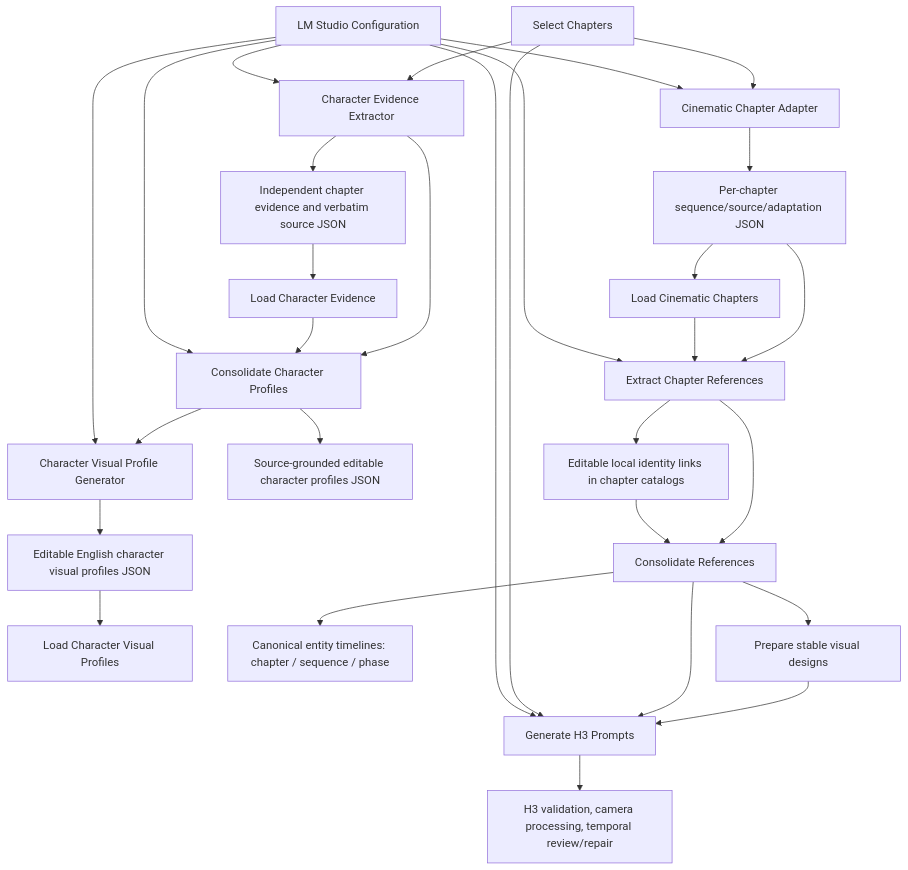
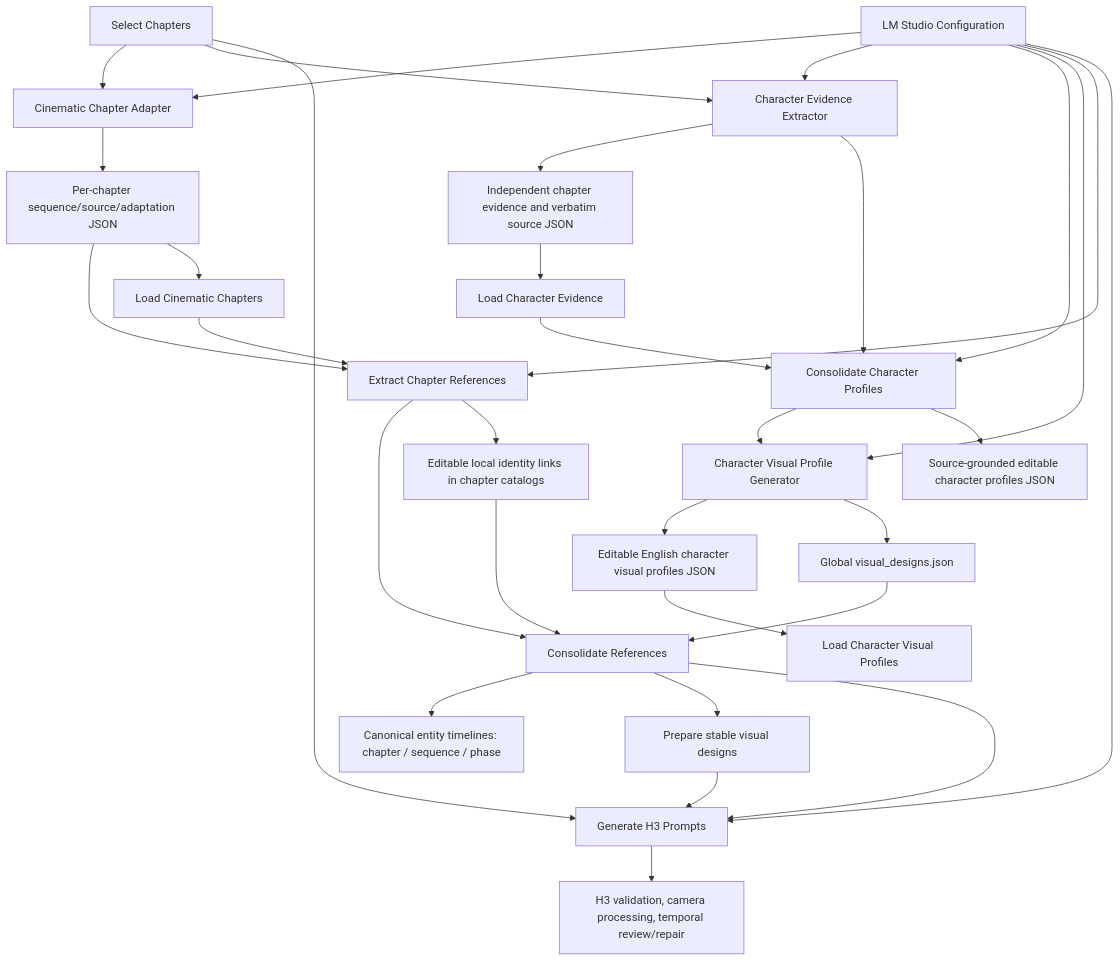
One commit to yuyuki/ComfyUI-Minimax_H3_Novel_Pipeline changed the first of 2 diagrams in docs/architecture.md. Above: the diagram before and after it, drawn with Mermaid. The commit also changed other lines of this file and 11 other files, not shown here.

Commit message:
Add global visual designs support; implement export and import functionality for character visual profiles, including aliases and identity status. Update documentation and architecture to reflect new features and enhance tests for integration.

````diff
--- a/docs/architecture.md
+++ b/docs/architecture.md
@@ -10,32 +10,34 @@
 ```mermaid
 flowchart TD
     selector["Select Chapters"] --> adapter["Cinematic Chapter Adapter"]
     config --> adapter
     selector --> evidence["Character Evidence Extractor"]
     config --> evidence
     evidence --> evidence_json["Independent chapter evidence and verbatim source JSON"]
     evidence_json --> evidence_loader["Load Character Evidence"]
     evidence --> profiles["Consolidate Character Profiles"]
     evidence_loader --> profiles
     config --> profiles
     profiles --> visual_profiles["Character Visual Profile Generator"]
     config --> visual_profiles
     visual_profiles --> visual_json["Editable English character visual profiles JSON"]
+    visual_profiles --> global_designs["Global visual_designs.json"]
+    global_designs --> consolidate
     visual_json --> visual_loader["Load Character Visual Profiles"]
     profiles --> profiles_json["Source-grounded editable character profiles JSON"]
     adapter --> adapted["Per-chapter sequence/source/adaptation JSON"]
     adapted --> extract
     adapted --> loader["Load Cinematic Chapters"]
     loader --> extract
     config["LM Studio Configuration"] --> extract["Extract Chapter References"]
     extract --> consolidate["Consolidate References"]
     consolidate --> timeline["Canonical entity timelines: chapter / sequence / phase"]
     extract --> local["Editable local identity links in chapter catalogs"]
     local --> consolidate
     consolidate --> designs["Prepare stable visual designs"]
     designs --> generate["Generate H3 Prompts"]
     consolidate --> generate
     selector --> generate
     config --> generate
     generate --> review["H3 validation, camera processing, temporal review/repair"]
 ```
````
